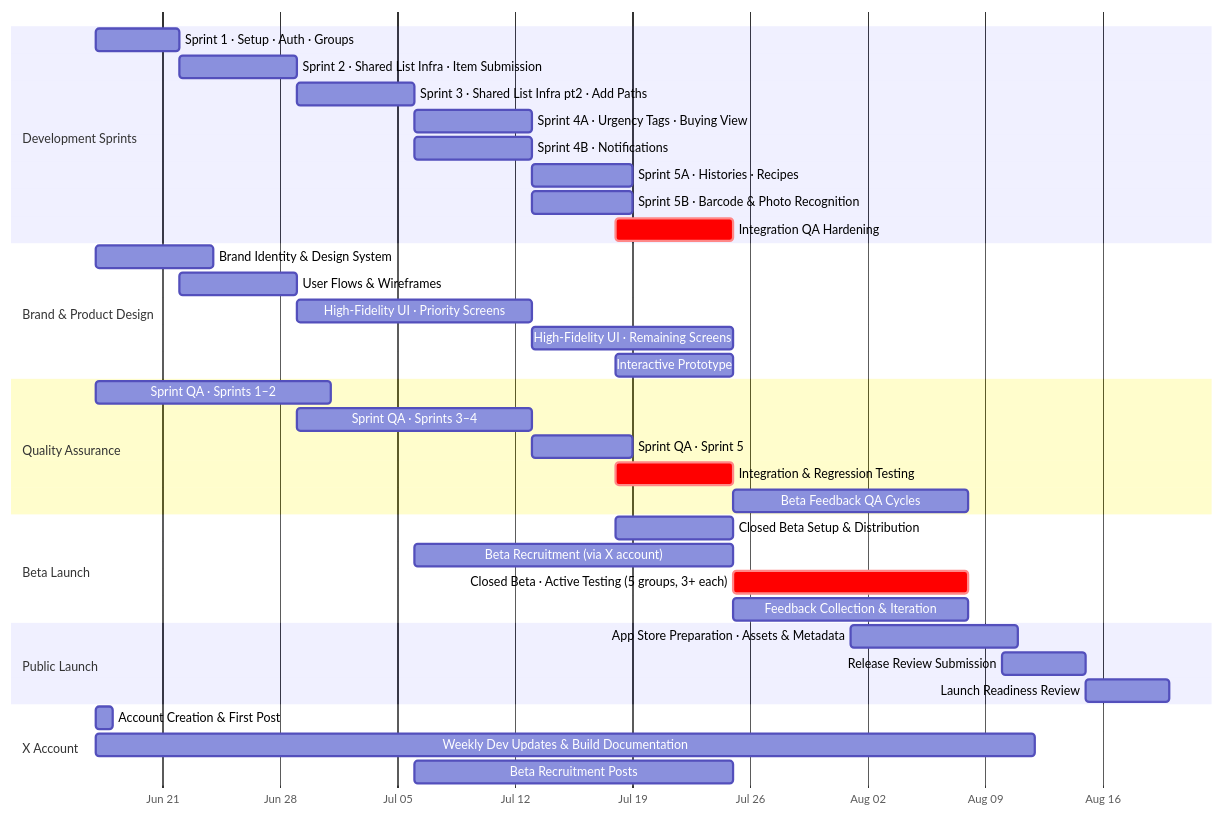
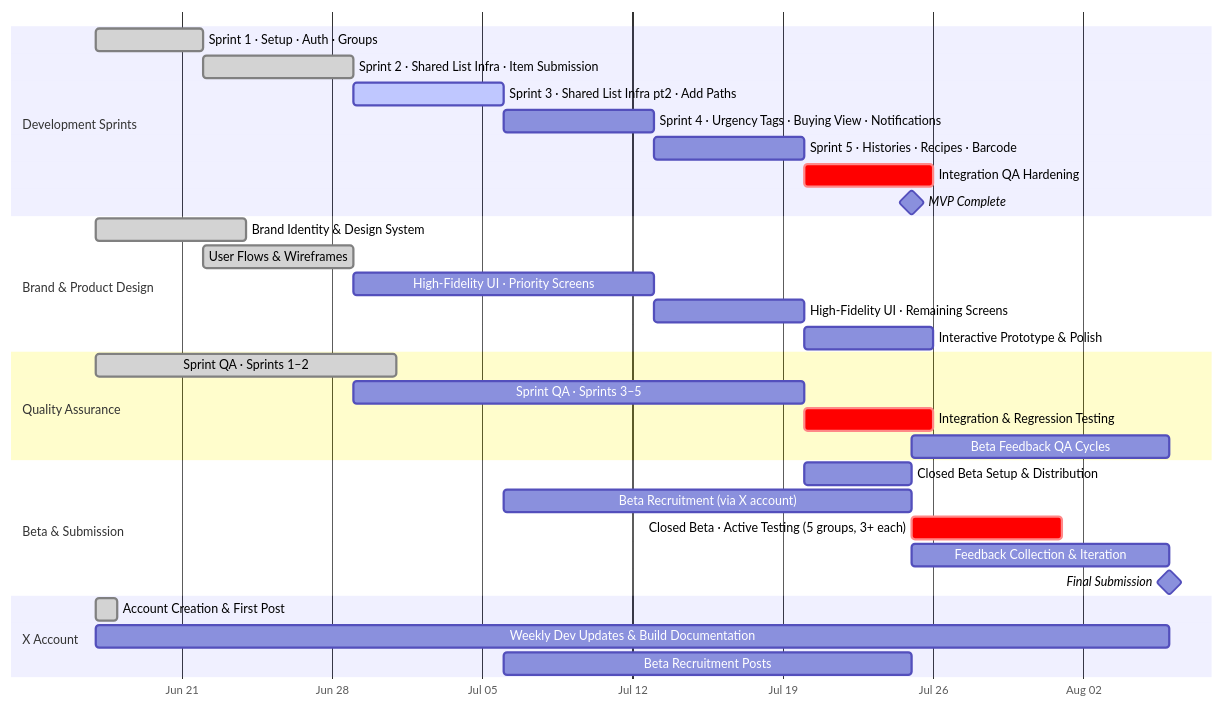
The diagram in Documentation/STAGE2-project-charter.md (MIS-hero/Thalaja-team), drawn with Mermaid before and after one commit. The commit also changed other lines of this file and 19 other files, not shown here.

First line of the commit message:
Add comprehensive technical documentation for Stage 3, including architecture, branding, and domain references

````diff
--- a/Documentation/STAGE2-project-charter.md
+++ b/Documentation/STAGE2-project-charter.md
@@ -171,45 +171,39 @@
 ```mermaid
 gantt
     dateFormat YYYY-MM-DD
     axisFormat %b %d
 
     section Development Sprints
-    Sprint 1 · Setup · Auth · Groups                  :s1, 2026-06-17, 5d
-    Sprint 2 · Shared List Infra · Item Submission    :s2, 2026-06-22, 7d
-    Sprint 3 · Shared List Infra pt2 · Add Paths      :s3, 2026-06-29, 7d
-    Sprint 4A · Urgency Tags · Buying View            :s4a, 2026-07-06, 7d
-    Sprint 4B · Notifications                         :s4b, 2026-07-06, 7d
-    Sprint 5A · Histories · Recipes                   :s5a, 2026-07-13, 6d
-    Sprint 5B · Barcode & Photo Recognition           :s5b, 2026-07-13, 6d
-    Integration QA Hardening                          :crit, iq, 2026-07-18, 7d
+    Sprint 1 · Setup · Auth · Groups                  :done, s1, 2026-06-17, 5d
+    Sprint 2 · Shared List Infra · Item Submission    :done, s2, 2026-06-22, 7d
+    Sprint 3 · Shared List Infra pt2 · Add Paths      :active, s3, 2026-06-29, 7d
+    Sprint 4 · Urgency Tags · Buying View · Notifications :s4, 2026-07-06, 7d
+    Sprint 5 · Histories · Recipes · Barcode          :s5, 2026-07-13, 7d
+    Integration QA Hardening                          :crit, iq, 2026-07-20, 6d
+    MVP Complete                                      :milestone, mvp, 2026-07-25, 0d
 
     section Brand & Product Design
-    Brand Identity & Design System                    :d1, 2026-06-17, 7d
-    User Flows & Wireframes                           :d2, 2026-06-22, 7d
+    Brand Identity & Design System                    :done, d1, 2026-06-17, 7d
+    User Flows & Wireframes                           :done, d2, 2026-06-22, 7d
     High-Fidelity UI · Priority Screens               :d3, 2026-06-29, 14d
-    High-Fidelity UI · Remaining Screens              :d4, 2026-07-13, 12d
-    Interactive Prototype                             :d5, 2026-07-18, 7d
+    High-Fidelity UI · Remaining Screens              :d4, 2026-07-13, 7d
+    Interactive Prototype & Polish                    :d5, 2026-07-20, 6d
 
     section Quality Assurance
-    Sprint QA · Sprints 1–2                           :qa1, 2026-06-17, 14d
-    Sprint QA · Sprints 3–4                           :qa2, 2026-06-29, 14d
-    Sprint QA · Sprint 5                              :qa3, 2026-07-13, 6d
-    Integration & Regression Testing                  :crit, qa4, 2026-07-18, 7d
-    Beta Feedback QA Cycles                           :qa5, 2026-07-25, 14d
+    Sprint QA · Sprints 1–2                           :done, qa1, 2026-06-17, 14d
+    Sprint QA · Sprints 3–5                           :qa2, 2026-06-29, 21d
+    Integration & Regression Testing                  :crit, qa4, 2026-07-20, 6d
+    Beta Feedback QA Cycles                           :qa5, 2026-07-25, 12d
 
-    section Beta Launch
-    Closed Beta Setup & Distribution                  :b1, 2026-07-18, 7d
+    section Beta & Submission
+    Closed Beta Setup & Distribution                  :b1, 2026-07-20, 5d
     Beta Recruitment (via X account)                  :b2, 2026-07-06, 19d
-    Closed Beta · Active Testing (5 groups, 3+ each)  :crit, b3, 2026-07-25, 14d
-    Feedback Collection & Iteration                   :b4, 2026-07-25, 14d
-
-    section Public Launch
-    App Store Preparation · Assets & Metadata         :p1, 2026-08-01, 10d
-    Release Review Submission                         :p2, 2026-08-10, 5d
-    Launch Readiness Review                           :p3, 2026-08-15, 5d
+    Closed Beta · Active Testing (5 groups, 3+ each)  :crit, b3, 2026-07-25, 7d
+    Feedback Collection & Iteration                   :b4, 2026-07-25, 12d
+    Final Submission                                  :milestone, sub, 2026-08-06, 0d
 
     section X Account
-    Account Creation & First Post                     :x1, 2026-06-17, 1d
-    Weekly Dev Updates & Build Documentation          :x2, 2026-06-17, 56d
+    Account Creation & First Post                     :done, x1, 2026-06-17, 1d
+    Weekly Dev Updates & Build Documentation          :x2, 2026-06-17, 50d
     Beta Recruitment Posts                            :x3, 2026-07-06, 19d
 ```
````
